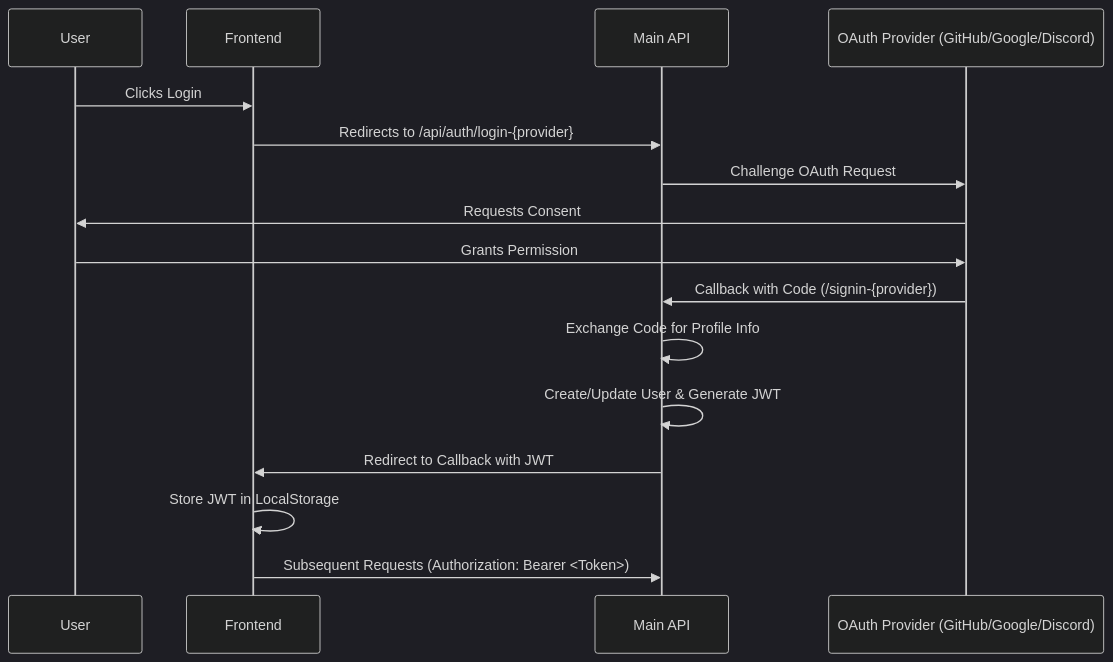
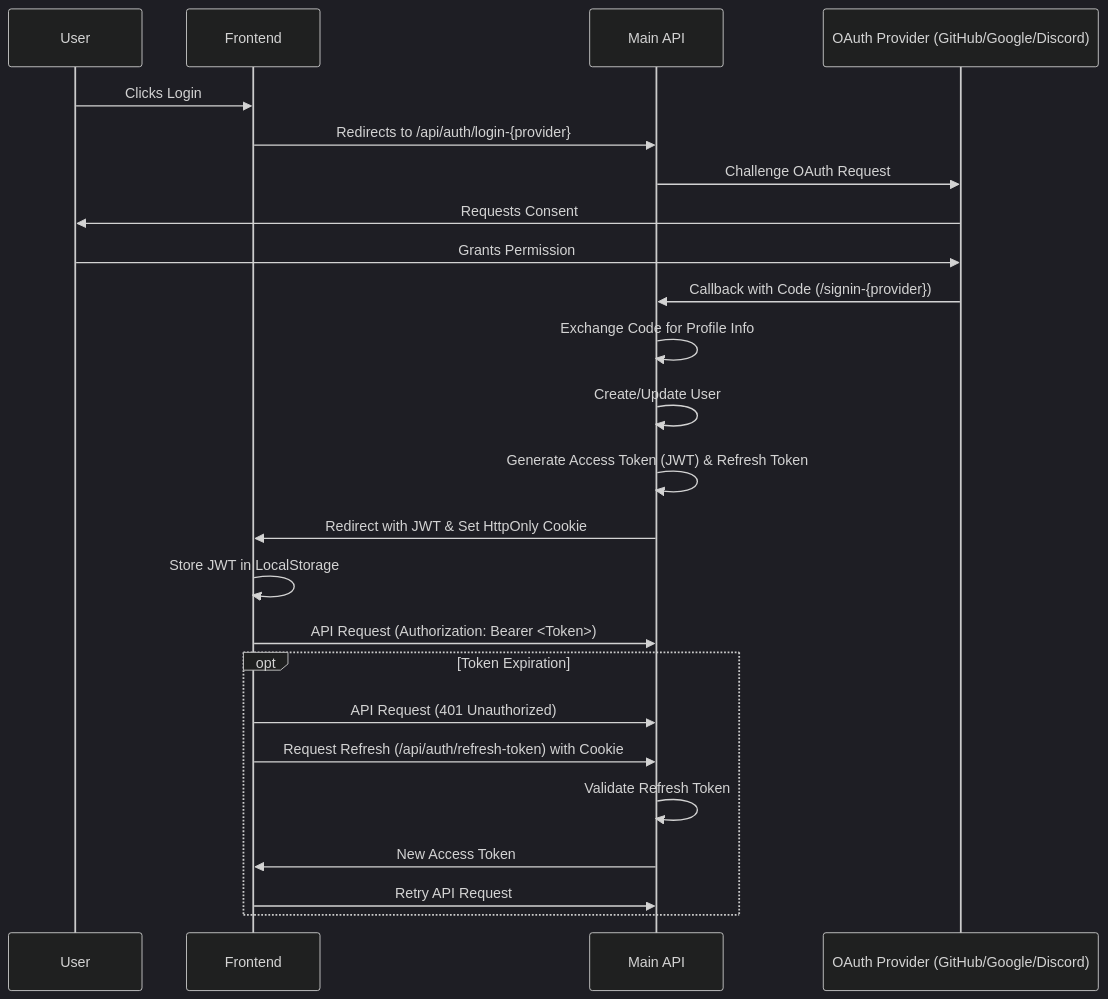
One commit to dpitois/niko-niko changed the third of 3 diagrams in Architecture.md. Above: the diagram before and after it, drawn with Mermaid (dark theme). The commit also changed other lines of this file and 56 other files, not shown here.

First line of the commit message:
docs: cleanup project root and update architecture documentation

````diff
--- a/Architecture.md
+++ b/Architecture.md
@@ -127,19 +157,28 @@
 ```mermaid
 sequenceDiagram
     participant U as User
     participant F as Frontend
     participant A as Main API
     participant P as OAuth Provider (GitHub/Google/Discord)
 
     U->>F: Clicks Login
     F->>A: Redirects to /api/auth/login-{provider}
     A->>P: Challenge OAuth Request
     P->>U: Requests Consent
     U->>P: Grants Permission
     P->>A: Callback with Code (/signin-{provider})
     A->>A: Exchange Code for Profile Info
-    A->>A: Create/Update User & Generate JWT
-    A->>F: Redirect to Callback with JWT
+    A->>A: Create/Update User
+    A->>A: Generate Access Token (JWT) & Refresh Token
+    A->>F: Redirect with JWT & Set HttpOnly Cookie
     F->>F: Store JWT in LocalStorage
-    F->>A: Subsequent Requests (Authorization: Bearer <Token>)
+    F->>A: API Request (Authorization: Bearer <Token>)
+    
+    opt Token Expiration
+        F->>A: API Request (401 Unauthorized)
+        F->>A: Request Refresh (/api/auth/refresh-token) with Cookie
+        A->>A: Validate Refresh Token
+        A->>F: New Access Token
+        F->>A: Retry API Request
+    end
 ```
````
